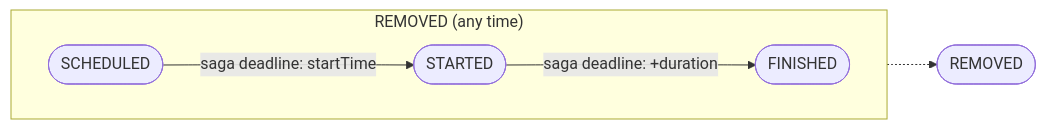
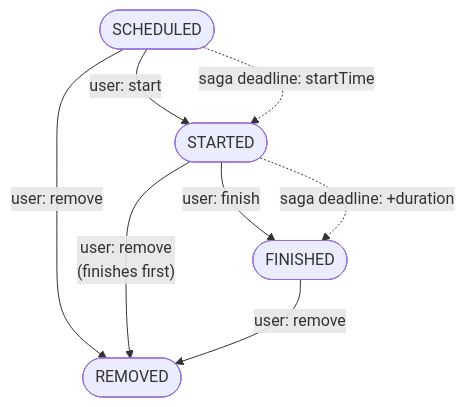
One commit to aanbrn/axon-showcase changed the first of 3 diagrams in README.md. Above: the diagram before and after it, drawn with Mermaid. The commit also changed other lines of this file and 2 other files, not shown here.

First line of the commit message:
Rework the README lifecycle diagram into explicit arrows (#520)

````diff
--- a/README.md
+++ b/README.md
@@ -65,10 +65,10 @@
 ```mermaid
-%%{init: {"flowchart": {"diagramPadding": 230}}}%%
-flowchart LR
-    subgraph lifecycle["REMOVED (any time)"]
-        direction LR
-        SCHEDULED([SCHEDULED]) -->|"saga deadline: startTime"| STARTED([STARTED])
-        STARTED -->|"saga deadline: +duration"| FINISHED([FINISHED])
-    end
-    lifecycle -.-> REMOVED([REMOVED])
+flowchart TB
+    SCHEDULED([SCHEDULED]) -->|"user: start"| STARTED([STARTED])
+    SCHEDULED -.->|"saga deadline: startTime"| STARTED
+    STARTED -->|"user: finish"| FINISHED([FINISHED])
+    STARTED -.->|"saga deadline: +duration"| FINISHED
+    SCHEDULED -->|"user: remove"| REMOVED([REMOVED])
+    STARTED -->|"user: remove<br/>(finishes first)"| REMOVED
+    FINISHED -->|"user: remove"| REMOVED
 ```
````
